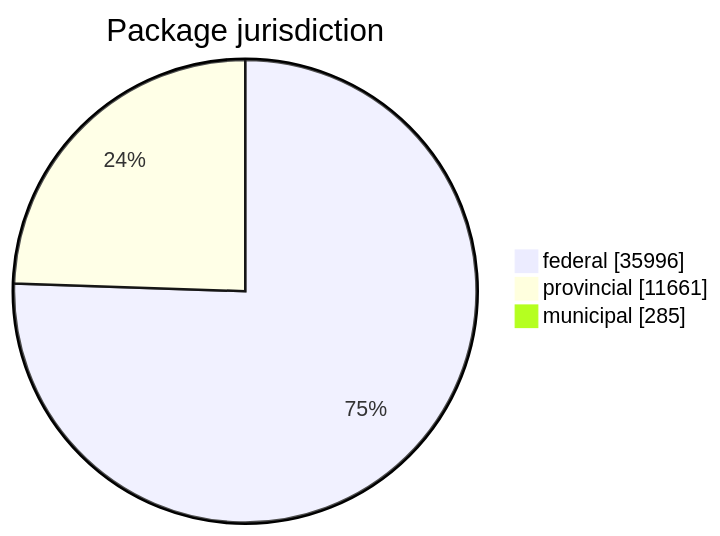
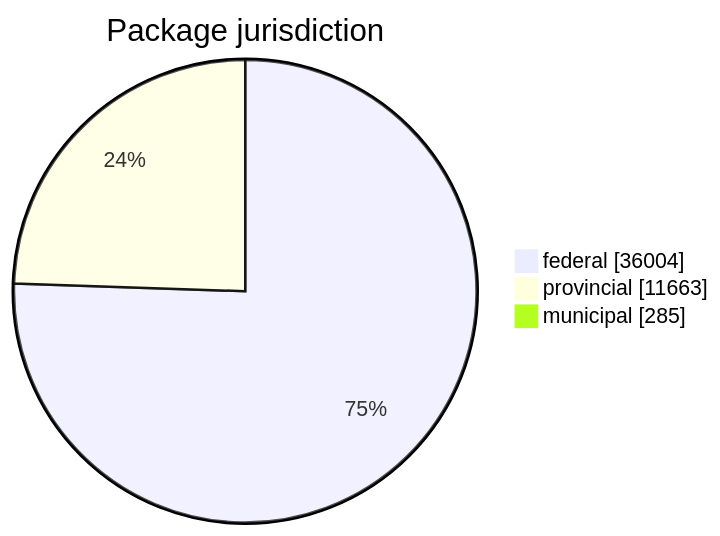
Before and after one commit to open-data/analytics-corporate-reporting: the first of 5 diagrams in FreshCheck/README.md, drawn with Mermaid. The commit also changed other lines of this file and 3 other files, not shown here.

````diff
--- a/FreshCheck/README.md
+++ b/FreshCheck/README.md
@@ -60,6 +60,6 @@
 ```mermaid
 pie showData title Package jurisdiction
-    "federal": 35996
-    "provincial": 11661
+    "federal": 36004
+    "provincial": 11663
     "municipal": 285
 ```
````
